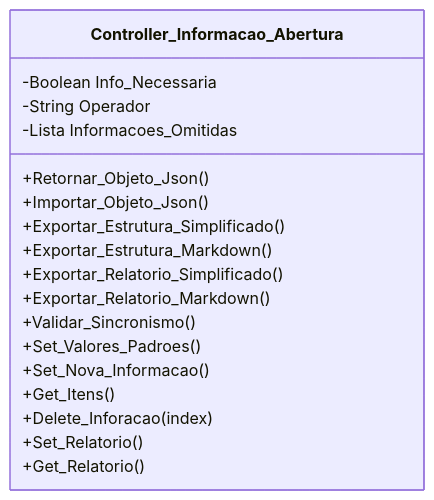
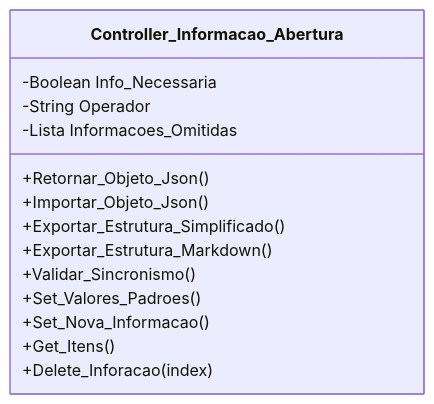
Before and after one commit to ETECC-Telecom/ValtObsidian-Script-Moto: the diagram in DOCUMENTOS/Classe - Informações de Abertura.md, drawn with Mermaid. The commit also changed other lines of this file and 2 other files, not shown here.

Commit message:
vault backup: 2026-10-29 15:36:39

````diff
--- a/DOCUMENTOS/Classe - Informações de Abertura.md
+++ b/DOCUMENTOS/Classe - Informações de Abertura.md
@@ -81,24 +80,20 @@
 ```mermaid
 classDiagram
     class Controller_Informacao_Abertura{
 		-Boolean Info_Necessaria
 		-String Operador
 		-Lista Informacoes_Omitidas
 
 		+Retornar_Objeto_Json()
 		+Importar_Objeto_Json()
 		+Exportar_Estrutura_Simplificado()
 		+Exportar_Estrutura_Markdown()
-		+Exportar_Relatorio_Simplificado()
-		+Exportar_Relatorio_Markdown()
 		+Validar_Sincronismo()
 		
 		+Set_Valores_Padroes()
 		+Set_Nova_Informacao()
 		+Get_Itens()
 		+Delete_Inforacao(index)
-		+Set_Relatorio()
-		+Get_Relatorio()
 		
     }
 ```
````
